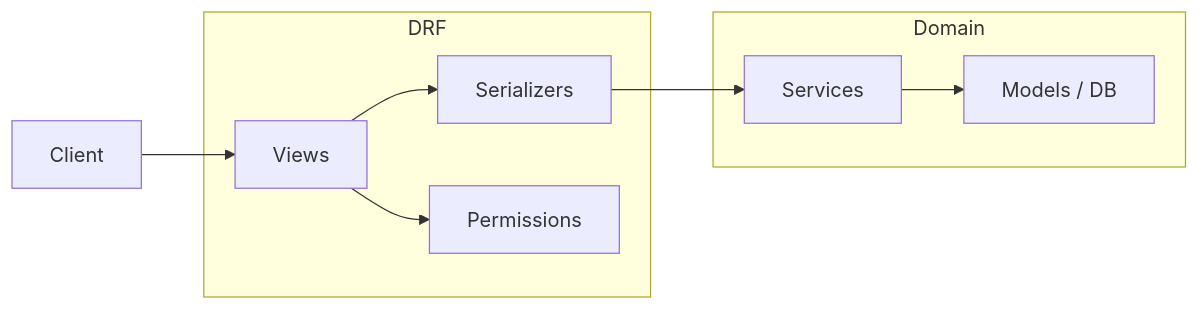
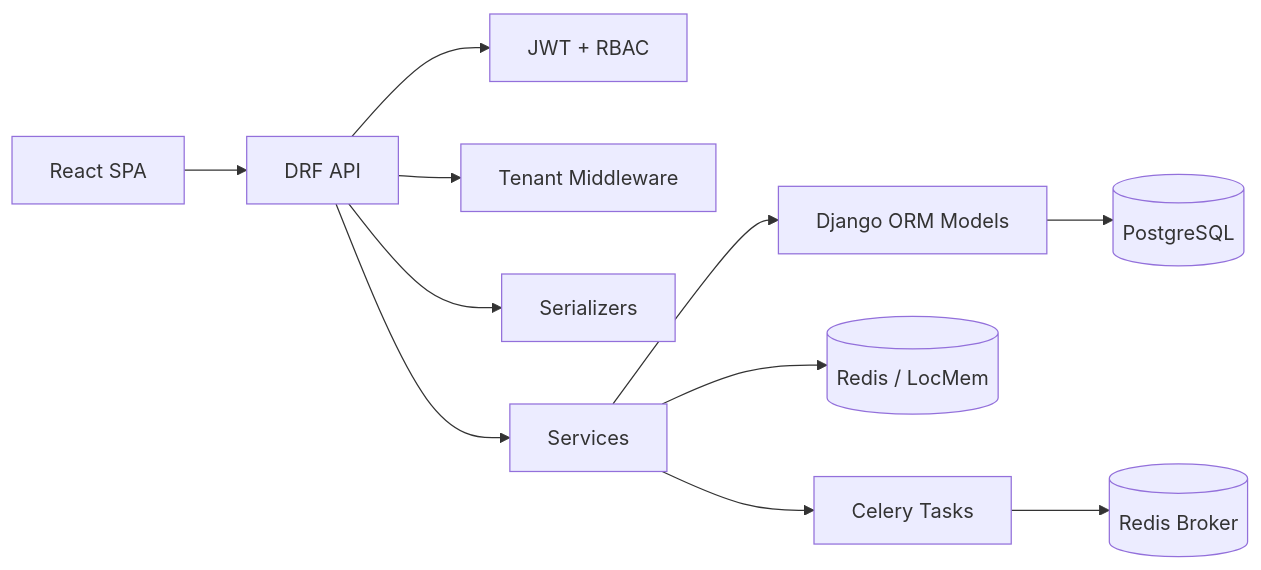
The diagram in docs/backend_architecture.md (engjiosmani/collabai-project-management), drawn with Mermaid before and after one commit. The commit also changed other lines of this file and 7 other files, not shown here.

````diff
--- a/docs/backend_architecture.md
+++ b/docs/backend_architecture.md
@@ -98,17 +127,13 @@
 ```mermaid
 flowchart LR
-    subgraph drf["DRF"]
-        V[Views]
-        SZ[Serializers]
-        P[Permissions]
-    end
-    subgraph domain["Domain"]
-        SV[Services]
-        M[Models / DB]
-    end
-    Client --> V
-    V --> P
-    V --> SZ
-    SZ --> SV
-    SV --> M
+    Client[React SPA] --> API[DRF API]
+    API --> Auth[JWT + RBAC]
+    API --> Tenant[Tenant Middleware]
+    API --> Serializers[Serializers]
+    API --> Services[Services]
+    Services --> Models[Django ORM Models]
+    Models --> DB[(PostgreSQL)]
+    Services --> Cache[(Redis / LocMem)]
+    Services --> Celery[Celery Tasks]
+    Celery --> RedisBroker[(Redis Broker)]
 ```
````
